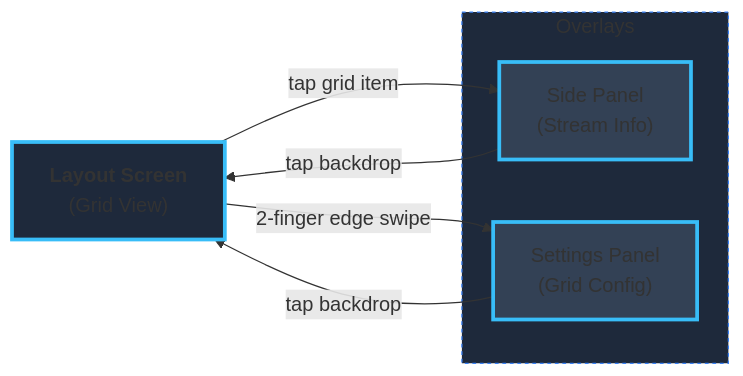
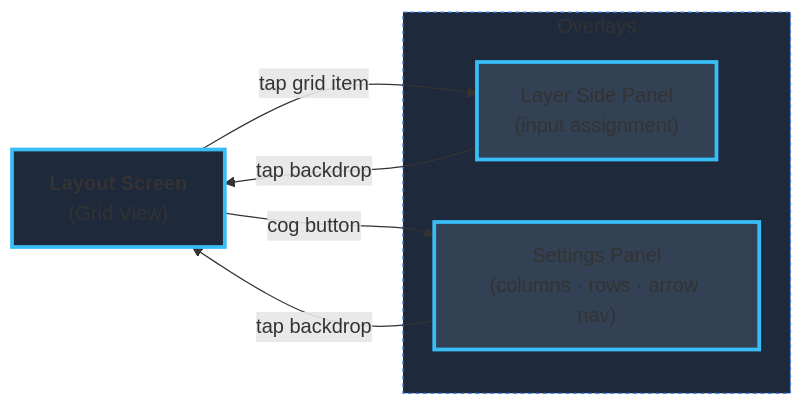
The second of 3 diagrams in mobile_app/README.md (smelter-labs/smelter-editor), drawn with Mermaid before and after one commit. The commit also changed other lines of this file and 12 other files, not shown here.

````diff
--- a/mobile_app/README.md
+++ b/mobile_app/README.md
@@ -66,21 +95,21 @@
 ```mermaid
 %%{init: {'flowchart': {'curve': 'basis'}} }%%
 flowchart LR
     Main["<b>Layout Screen</b><br/>(Grid View)"]
 
-    subgraph Modals ["Overlays"]
-        Panel["Side Panel<br/>(Stream Info)"]
-        Settings["Settings Panel<br/>(Grid Config)"]
+    subgraph Overlays ["Overlays"]
+        Panel["Layer Side Panel<br/>(input assignment)"]
+        Settings["Settings Panel<br/>(columns · rows · arrow nav)"]
     end
 
     Main -->|"tap grid item"| Panel
     Panel -->|"tap backdrop"| Main
 
-    Main -->|"2-finger edge swipe"| Settings
+    Main -->|"cog button"| Settings
     Settings -->|"tap backdrop"| Main
 
     style Main fill:#1E293B,stroke:#38BDF8,stroke-width:3px
     style Panel fill:#334155,stroke:#38BDF8,stroke-width:3px
     style Settings fill:#334155,stroke:#38BDF8,stroke-width:3px
-    style Modals fill:#1E293B,stroke:#3b82f6,stroke-dasharray: 3 3
+    style Overlays fill:#1E293B,stroke:#3b82f6,stroke-dasharray:3 3
 ```
````
